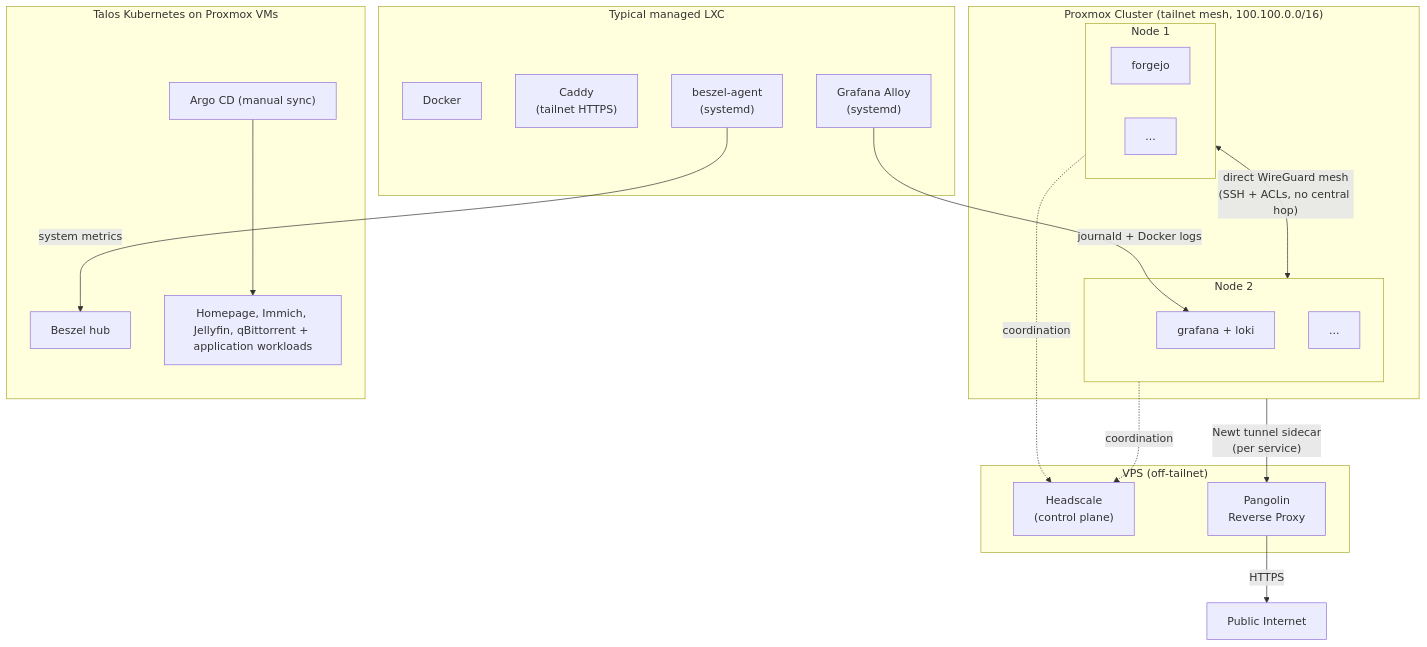
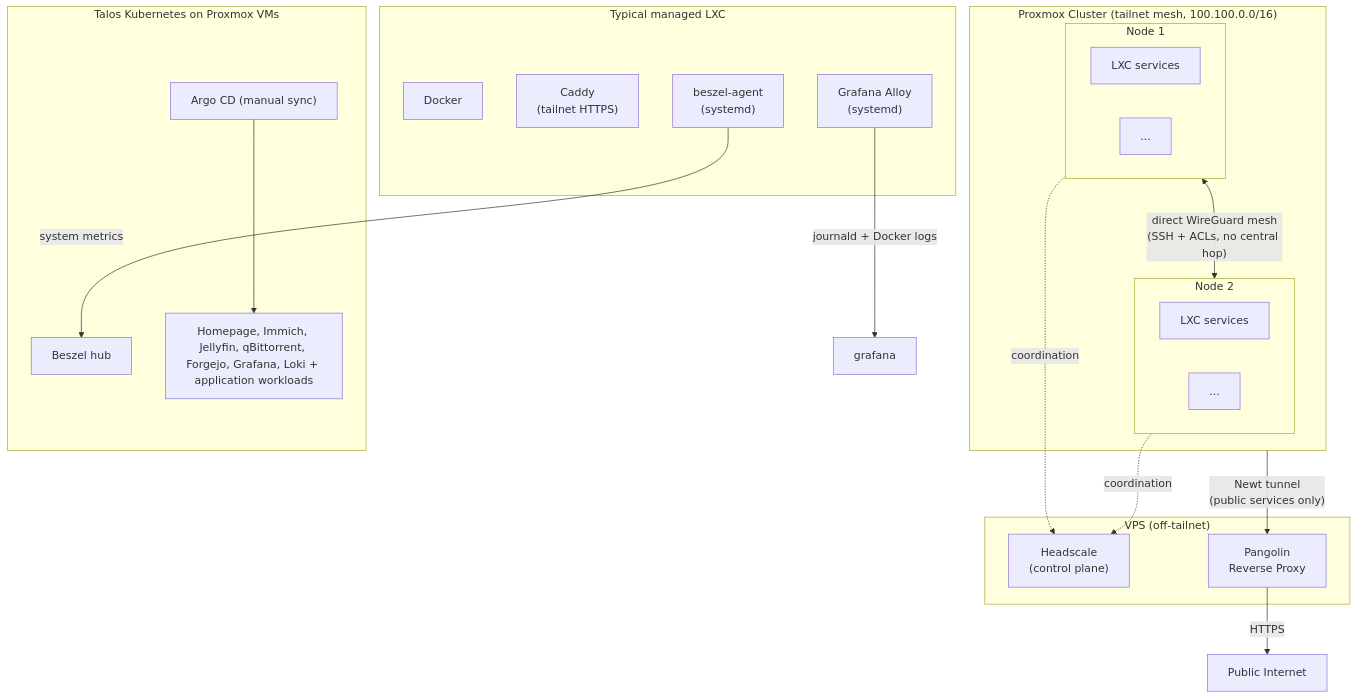
The diagram in README.md (davegallant/homelab), drawn with Mermaid before and after one commit. The commit also changed other lines of this file and 1 other file, not shown here.

Commit message:
docs(cluster): correct live sizing, spell out Talos/K8s upgrades, add version links

````diff
--- a/README.md
+++ b/README.md
@@ -21,41 +21,41 @@
 ```mermaid
 graph TD
     subgraph VPS["VPS (off-tailnet)"]
         headscale["Headscale\n(control plane)"]
         pangolin["Pangolin\nReverse Proxy"]
     end
 
     subgraph Proxmox["Proxmox Cluster (tailnet mesh, 100.100.0.0/16)"]
         subgraph N1["Node 1"]
-            forgejo["forgejo"]
+            lxc1["LXC services"]
             n1etc["..."]
         end
         subgraph N2["Node 2"]
-            grafana["grafana + loki"]
+            lxc2["LXC services"]
             n2etc["..."]
         end
         N1 <-->|"direct WireGuard mesh\n(SSH + ACLs, no central hop)"| N2
     end
 
     subgraph Talos["Talos Kubernetes on Proxmox VMs"]
         beszel["Beszel hub"]
-        apps["Homepage, Immich, Jellyfin, qBittorrent + application workloads"]
+        apps["Homepage, Immich, Jellyfin, qBittorrent, Forgejo, Grafana, Loki + application workloads"]
         argocd["Argo CD (manual sync)"]
         argocd --> apps
     end
 
     N1 -.->|"coordination"| headscale
     N2 -.->|"coordination"| headscale
-    Proxmox -->|"Newt tunnel sidecar\n(per service)"| pangolin
+    Proxmox -->|"Newt tunnel\n(public services only)"| pangolin
     pangolin -->|"HTTPS"| internet["Public Internet"]
 
     subgraph PerHost["Typical managed LXC"]
         docker["Docker"]
         caddy["Caddy\n(tailnet HTTPS)"]
         alloy["Grafana Alloy\n(systemd)"]
         beszelagent["beszel-agent\n(systemd)"]
     end
 
     alloy -->|"journald + Docker logs"| grafana
     beszelagent -->|"system metrics"| beszel
 ```
````
